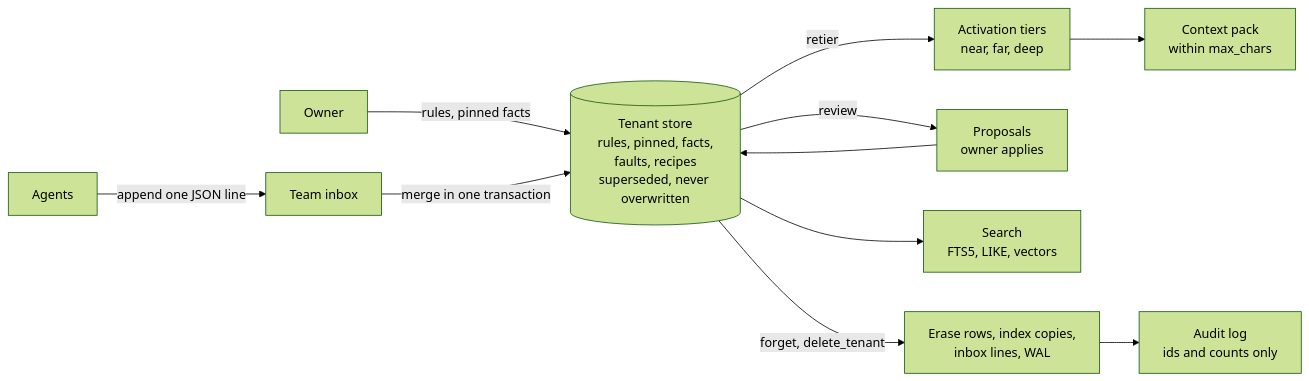
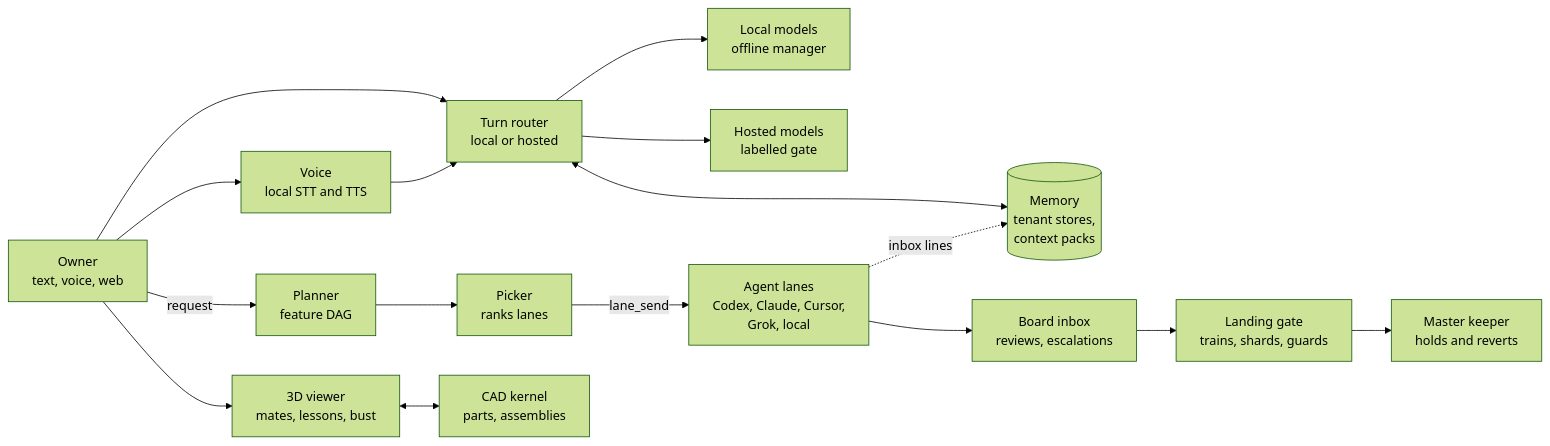
The diagram in README.md (minhducvo04/kyra), drawn with Mermaid (forest theme) before and after one commit. The commit also changed other lines of this file and 325 other files, not shown here.

````diff
--- a/README.md
+++ b/README.md
@@ -9,13 +7,18 @@
 ```mermaid
 flowchart LR
-    A["Agents"] -->|"append one JSON line"| I["Team inbox"]
-    O["Owner"] -->|"rules, pinned facts"| S
-    I -->|"merge in one transaction"| S[("Tenant store<br/>rules, pinned, facts,<br/>faults, recipes<br/>superseded, never overwritten")]
-    S -->|"retier"| T["Activation tiers<br/>near, far, deep"]
-    S -->|"review"| R["Proposals<br/>owner applies"]
-    R --> S
-    T --> P["Context pack<br/>within max_chars"]
-    S --> Q["Search<br/>FTS5, LIKE, vectors"]
-    S -->|"forget, delete_tenant"| E["Erase rows, index copies,<br/>inbox lines, WAL"]
-    E --> L["Audit log<br/>ids and counts only"]
+    U["Owner<br/>text, voice, web"] --> V["Voice<br/>local STT and TTS"]
+    U --> R
+    V --> R["Turn router<br/>local or hosted"]
+    R --> L["Local models<br/>offline manager"]
+    R --> H["Hosted models<br/>labelled gate"]
+    R <--> M[("Memory<br/>tenant stores,<br/>context packs")]
+    U -->|"request"| P["Planner<br/>feature DAG"]
+    P --> K["Picker<br/>ranks lanes"]
+    K -->|"lane_send"| W["Agent lanes<br/>Codex, Claude, Cursor,<br/>Grok, local"]
+    W --> B["Board inbox<br/>reviews, escalations"]
+    B --> G["Landing gate<br/>trains, shards, guards"]
+    G --> MK["Master keeper<br/>holds and reverts"]
+    W -.->|"inbox lines"| M
+    U --> T["3D viewer<br/>mates, lessons, bust"]
+    T <--> C["CAD kernel<br/>parts, assemblies"]
 ```
````
